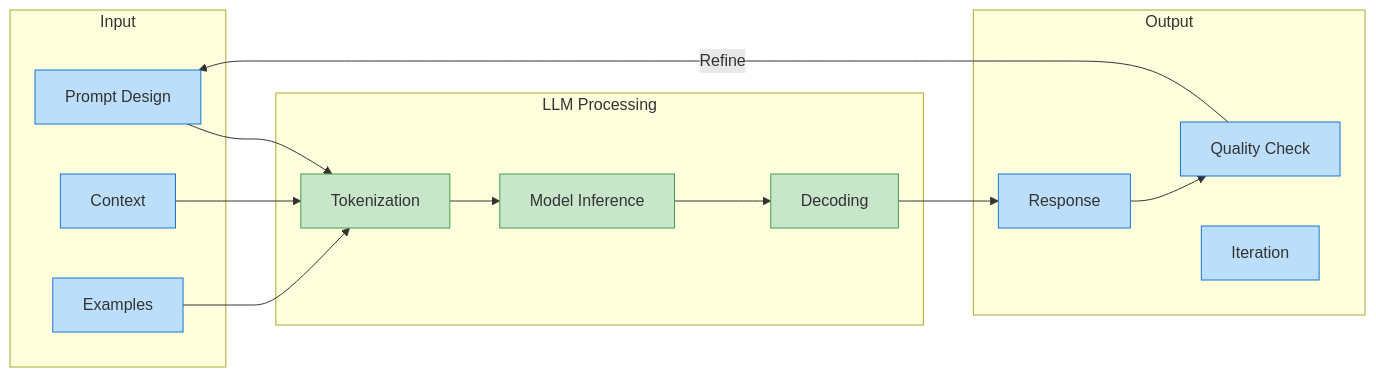
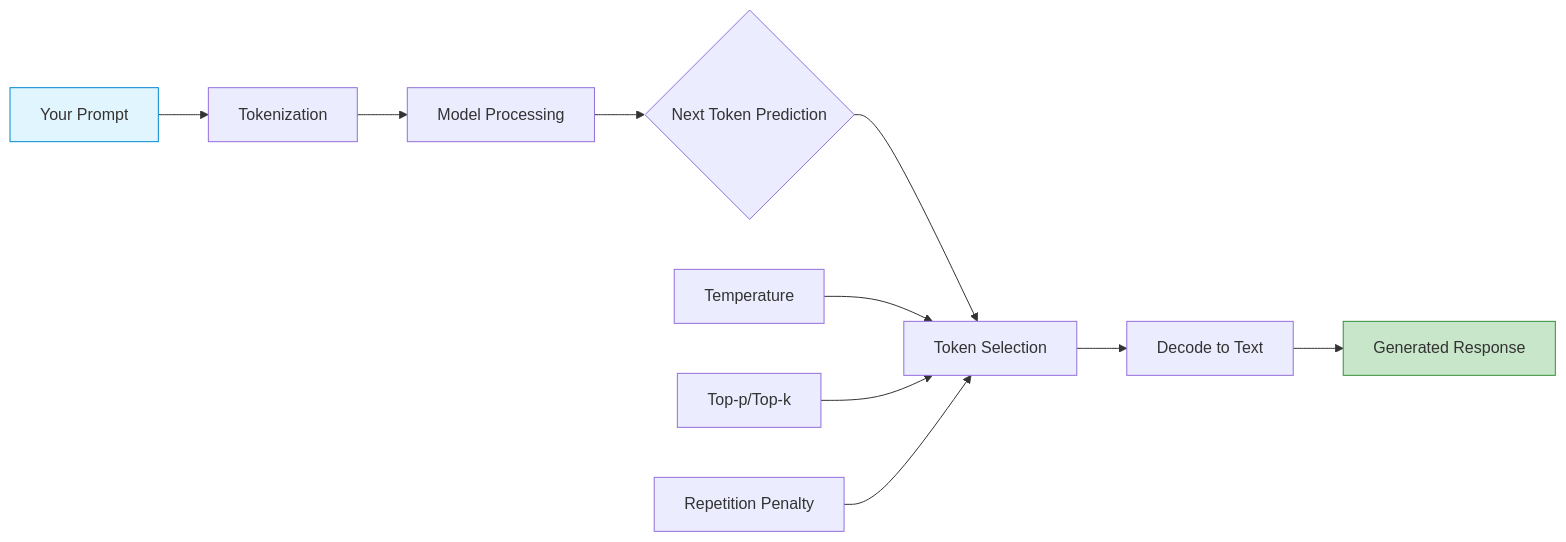
The sixth of 18 diagrams in docs/article6i.md (RichardHightower/art_hug_06), drawn with Mermaid before and after one commit. The commit also changed other lines of this file and 1 other file, not shown here.

````diff
--- a/docs/article6i.md
+++ b/docs/article6i.md
@@ -382,31 +821,16 @@
 ```mermaid
-flowchart LR
-    subgraph Input
-        P[Prompt Design]
-        C[Context]
-        E[Examples]
-    end
+graph LR
+    A[Your Prompt] --> B[Tokenization]
+    B --> C[Model Processing]
+    C --> D{Next Token Prediction}
+    D --> E[Token Selection]
+    E --> F[Decode to Text]
+    F --> G[Generated Response]
     
-    subgraph LLM Processing
-        T[Tokenization]
-        M[Model Inference]
-        D[Decoding]
-    end
+    H[Temperature] --> E
+    I[Top-p/Top-k] --> E
+    J[Repetition Penalty] --> E
     
-    subgraph Output
-        R[Response]
-        Q[Quality Check]
-        I[Iteration]
-    end
-    
-    P --> T
-    C --> T
-    E --> T
-    T --> M --> D --> R
-    R --> Q
-    Q -->|Refine| P
-    
-    classDef default fill:#bbdefb,stroke:#1976d2,stroke-width:1px,color:#333333
-    classDef process fill:#c8e6c9,stroke:#43a047,stroke-width:1px,color:#333333
-    class T,M,D process
+    style A fill:#e1f5fe,stroke:#0288d1
+    style G fill:#c8e6c9,stroke:#388e3c
 ```
````
